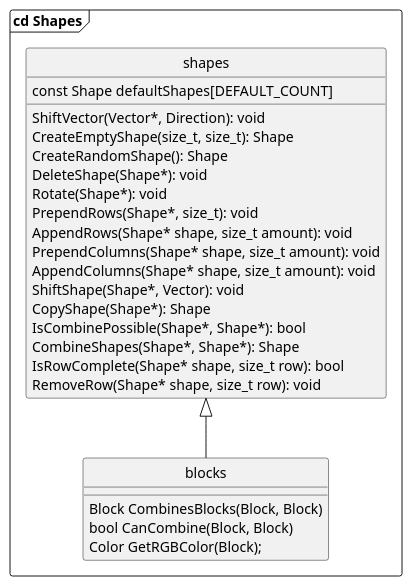
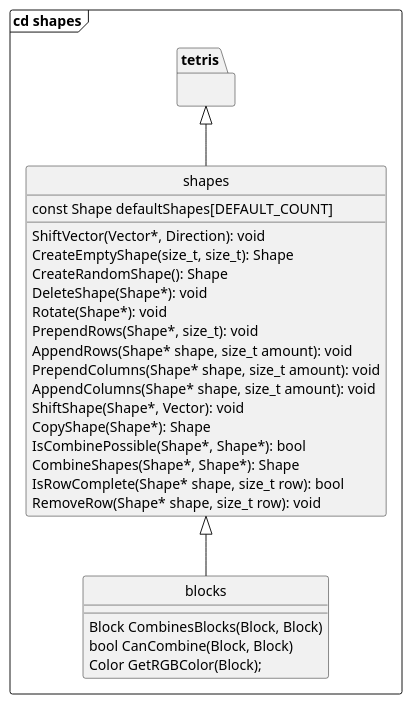
One commit to Yoda92/AMS_TETRIS changed the diagram in diagrams/cd_shapes.wsd. Above: the diagram before and after it, drawn with PlantUML. The commit also changed 17 other files, not shown here.

```diff
--- a/diagrams/cd_shapes.wsd
+++ b/diagrams/cd_shapes.wsd
@@ -1,32 +1,34 @@
 @startuml
 hide circle
 top to bottom direction
 
-frame "cd Shapes" {
+frame "cd shapes" {
+    package tetris {}
     class blocks {
         Block CombinesBlocks(Block, Block)
         bool CanCombine(Block, Block)
         Color GetRGBColor(Block);
     }
     class shapes {
         const Shape defaultShapes[DEFAULT_COUNT]
         ShiftVector(Vector*, Direction): void
         CreateEmptyShape(size_t, size_t): Shape
         CreateRandomShape(): Shape
         DeleteShape(Shape*): void
         Rotate(Shape*): void
         PrependRows(Shape*, size_t): void
         AppendRows(Shape* shape, size_t amount): void
         PrependColumns(Shape* shape, size_t amount): void
         AppendColumns(Shape* shape, size_t amount): void
         ShiftShape(Shape*, Vector): void
         CopyShape(Shape*): Shape
         IsCombinePossible(Shape*, Shape*): bool
         CombineShapes(Shape*, Shape*): Shape
         IsRowComplete(Shape* shape, size_t row): bool
         RemoveRow(Shape* shape, size_t row): void
     }
 
+    tetris <|-- shapes
     shapes <|-- blocks
 }
 @enduml
```
